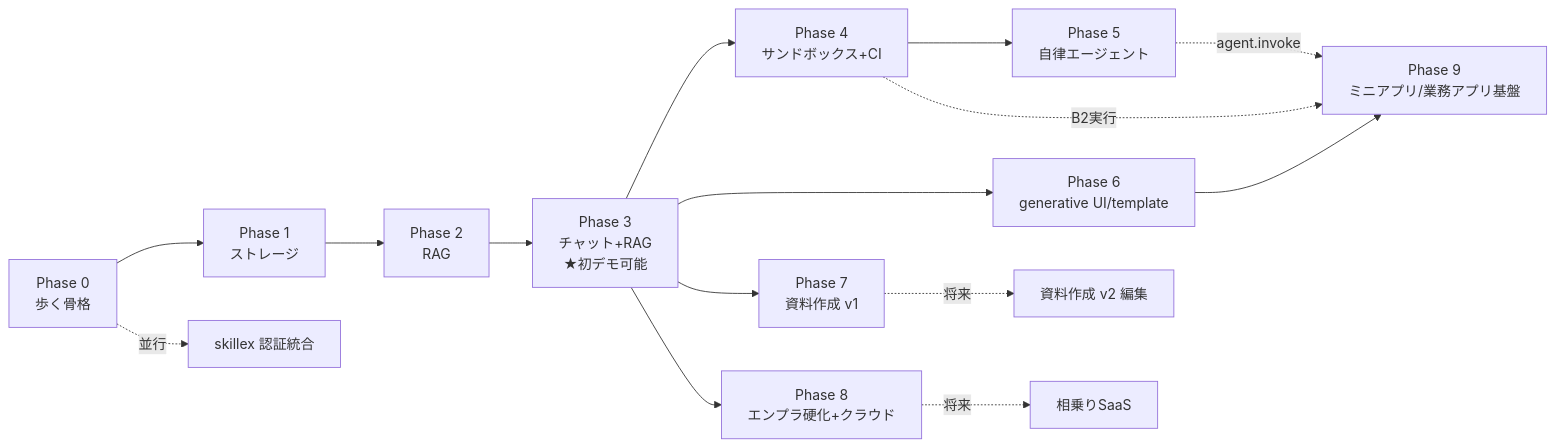
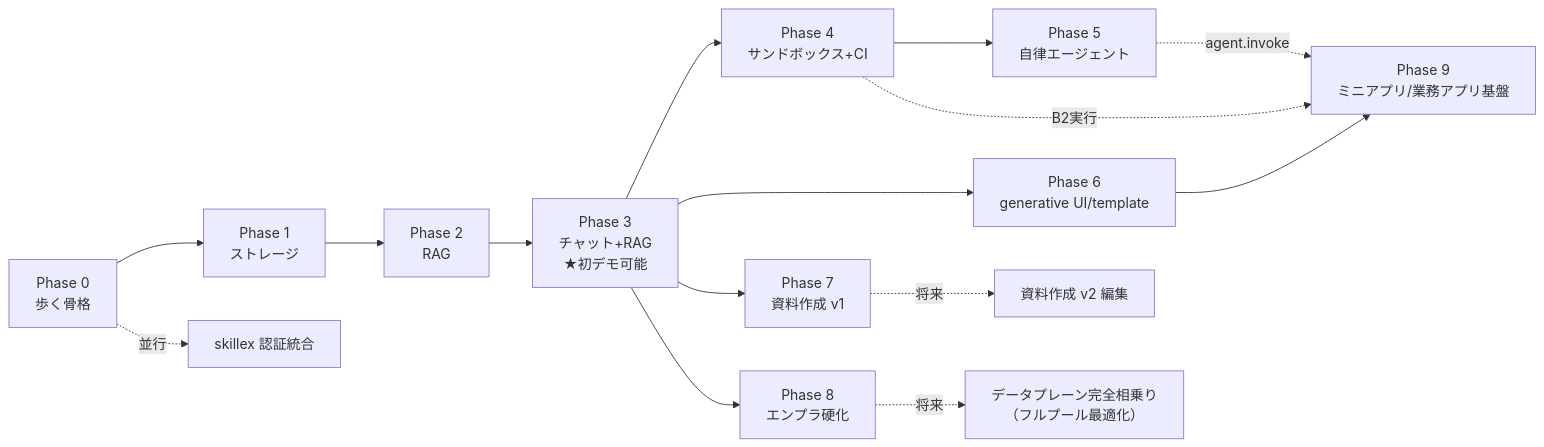
One commit to imanect-labs/shiki-platform changed the diagram in docs/roadmap.md. Above: the diagram before and after it, drawn with Mermaid. The commit also changed other lines of this file and 7 other files, not shown here.

````diff
--- a/docs/roadmap.md
+++ b/docs/roadmap.md
@@ -17,17 +17,17 @@
 ```mermaid
 flowchart LR
   P0["Phase 0<br/>歩く骨格"] --> P1["Phase 1<br/>ストレージ"]
   P1 --> P2["Phase 2<br/>RAG"]
   P2 --> P3["Phase 3<br/>チャット+RAG<br/>★初デモ可能"]
   P3 --> P4["Phase 4<br/>サンドボックス+CI"]
   P4 --> P5["Phase 5<br/>自律エージェント"]
   P3 --> P6["Phase 6<br/>generative UI/template"]
   P6 --> P9["Phase 9<br/>ミニアプリ/業務アプリ基盤"]
   P4 -.->|B2実行| P9
   P5 -.->|agent.invoke| P9
   P3 --> P7["Phase 7<br/>資料作成 v1"]
-  P3 --> P8["Phase 8<br/>エンプラ硬化+クラウド"]
+  P3 --> P8["Phase 8<br/>エンプラ硬化"]
   P0 -.->|並行| SK["skillex 認証統合"]
   P7 -.->|将来| V2["資料作成 v2 編集"]
-  P8 -.->|将来| SAAS["相乗りSaaS"]
+  P8 -.->|将来| FULLPOOL["データプレーン完全相乗り<br/>（フルプール最適化）"]
 ```
````
